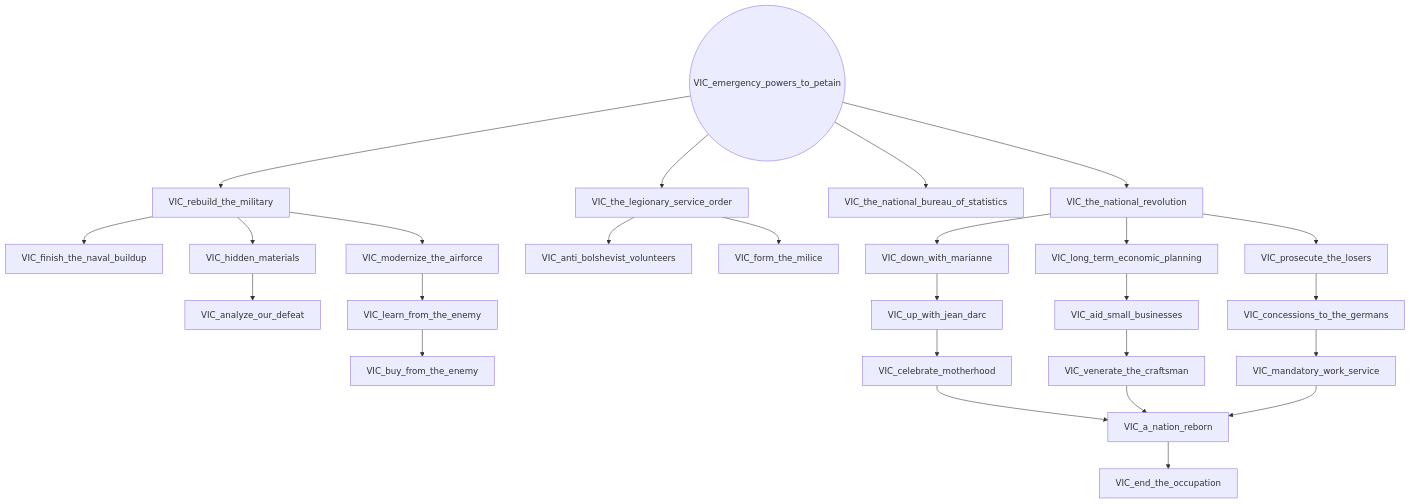
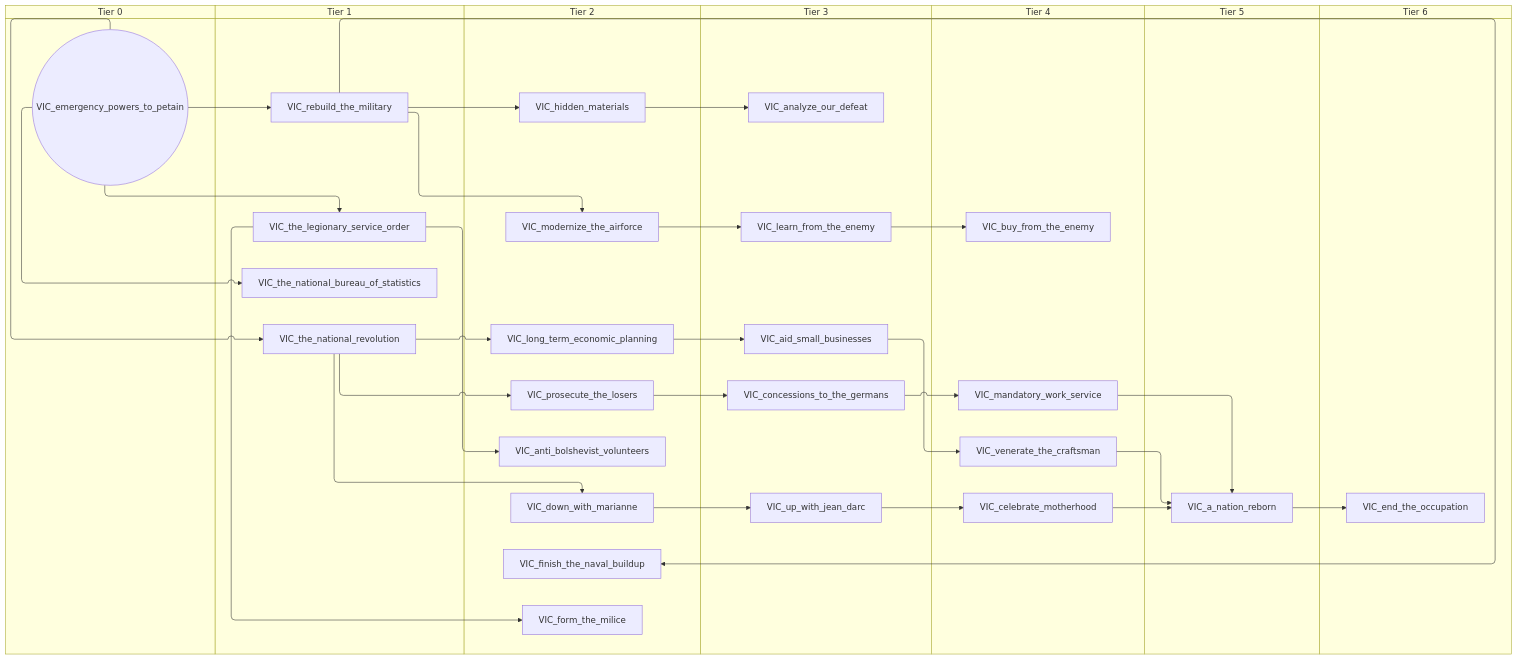
Before and after one commit to evgeny-sobol/hoi4-sandbox-mode: the diagram in docs/gdd/National Focuses/vichy_france.md, drawn with Mermaid. The commit also changed 80 other files, not shown here.

First line of the commit message:
Add swimlane mode to focus graph exporter

````diff
--- a/docs/gdd/National Focuses/vichy_france.md
+++ b/docs/gdd/National Focuses/vichy_france.md
@@ -3,52 +3,66 @@
 ```mermaid
-flowchart TD
-    n1["VIC_a_nation_reborn"]
-    n2["VIC_aid_small_businesses"]
-    n3["VIC_analyze_our_defeat"]
-    n4["VIC_anti_bolshevist_volunteers"]
-    n5["VIC_buy_from_the_enemy"]
-    n6["VIC_celebrate_motherhood"]
-    n7["VIC_concessions_to_the_germans"]
-    n8["VIC_down_with_marianne"]
-    n9(("VIC_emergency_powers_to_petain"))
-    n10["VIC_end_the_occupation"]
-    n11["VIC_finish_the_naval_buildup"]
-    n12["VIC_form_the_milice"]
-    n13["VIC_hidden_materials"]
-    n14["VIC_learn_from_the_enemy"]
-    n15["VIC_long_term_economic_planning"]
-    n16["VIC_mandatory_work_service"]
-    n17["VIC_modernize_the_airforce"]
-    n18["VIC_prosecute_the_losers"]
-    n19["VIC_rebuild_the_military"]
-    n20["VIC_the_legionary_service_order"]
-    n21["VIC_the_national_bureau_of_statistics"]
-    n22["VIC_the_national_revolution"]
-    n23["VIC_up_with_jean_darc"]
-    n24["VIC_venerate_the_craftsman"]
-    n6 --> n1
-    n24 --> n1
-    n16 --> n1
-    n15 --> n2
-    n13 --> n3
-    n20 --> n4
-    n14 --> n5
-    n23 --> n6
-    n18 --> n7
-    n22 --> n8
-    n1 --> n10
-    n19 --> n11
-    n20 --> n12
-    n19 --> n13
-    n17 --> n14
-    n22 --> n15
-    n7 --> n16
-    n19 --> n17
-    n22 --> n18
-    n9 --> n19
-    n9 --> n20
-    n9 --> n21
-    n9 --> n22
-    n8 --> n23
-    n2 --> n24
+swimlane-beta TD
+    subgraph tier_0["Tier 0"]
+        n1(("VIC_emergency_powers_to_petain"))
+    end
+    subgraph tier_1["Tier 1"]
+        n2["VIC_rebuild_the_military"]
+        n3["VIC_the_legionary_service_order"]
+        n4["VIC_the_national_bureau_of_statistics"]
+        n5["VIC_the_national_revolution"]
+    end
+    subgraph tier_2["Tier 2"]
+        n6["VIC_anti_bolshevist_volunteers"]
+        n7["VIC_down_with_marianne"]
+        n8["VIC_finish_the_naval_buildup"]
+        n9["VIC_form_the_milice"]
+        n10["VIC_hidden_materials"]
+        n11["VIC_long_term_economic_planning"]
+        n12["VIC_modernize_the_airforce"]
+        n13["VIC_prosecute_the_losers"]
+    end
+    subgraph tier_3["Tier 3"]
+        n14["VIC_aid_small_businesses"]
+        n15["VIC_analyze_our_defeat"]
+        n16["VIC_concessions_to_the_germans"]
+        n17["VIC_learn_from_the_enemy"]
+        n18["VIC_up_with_jean_darc"]
+    end
+    subgraph tier_4["Tier 4"]
+        n19["VIC_buy_from_the_enemy"]
+        n20["VIC_celebrate_motherhood"]
+        n21["VIC_mandatory_work_service"]
+        n22["VIC_venerate_the_craftsman"]
+    end
+    subgraph tier_5["Tier 5"]
+        n23["VIC_a_nation_reborn"]
+    end
+    subgraph tier_6["Tier 6"]
+        n24["VIC_end_the_occupation"]
+    end
+    n20 --> n23
+    n22 --> n23
+    n21 --> n23
+    n11 --> n14
+    n10 --> n15
+    n3 --> n6
+    n17 --> n19
+    n18 --> n20
+    n13 --> n16
+    n5 --> n7
+    n23 --> n24
+    n2 --> n8
+    n3 --> n9
+    n2 --> n10
+    n12 --> n17
+    n5 --> n11
+    n16 --> n21
+    n2 --> n12
+    n5 --> n13
+    n1 --> n2
+    n1 --> n3
+    n1 --> n4
+    n1 --> n5
+    n7 --> n18
+    n14 --> n22
 ```
````
